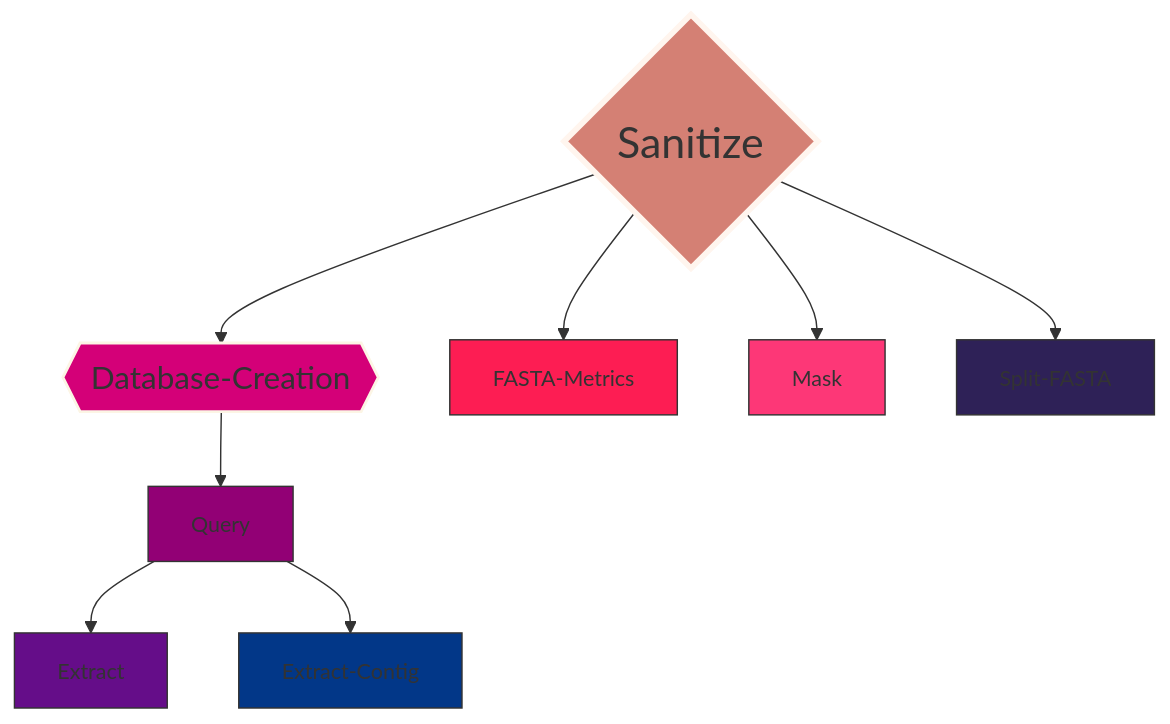
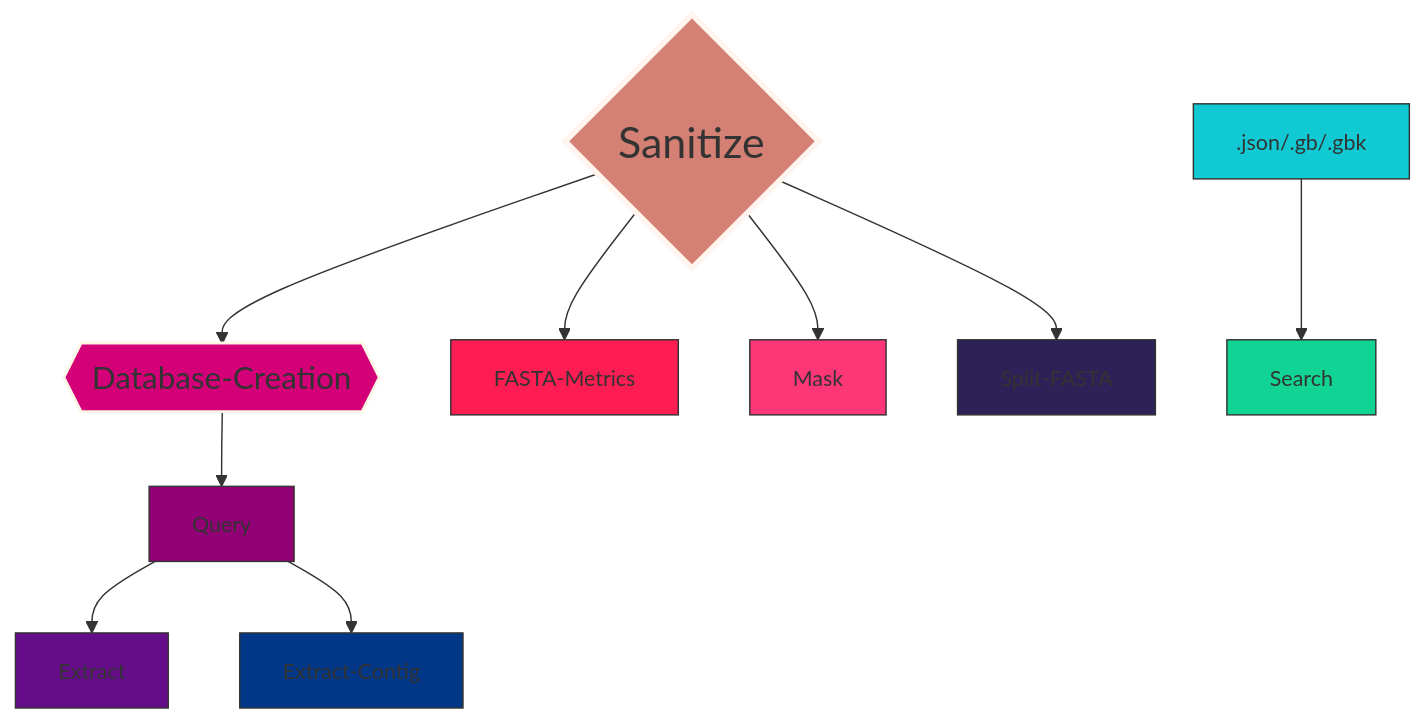
Before and after one commit to ERBringHorvath/SeqForge: the diagram in README.md, drawn with Mermaid.

````diff
--- a/README.md
+++ b/README.md
@@ -80,20 +80,23 @@
 ```mermaid
 graph TD;
     A{Sanitize}-->B{{Database-Creation}};
     B{{Database-Creation}}-->C[Query];
     C[Query]-->D[Extract];
     C[Query]-->E[Extract-Contig];
     A{Sanitize}-->F[FASTA-Metrics];
     A{Sanitize}-->G[Mask];
     A{Sanitize}-->H[Split-FASTA];
+    I[.json/.gb/.gbk]-->J[Search];
 
     %% Custom style for Sanitize node
     style A fill:#d48074,stroke:#fff5ee,stroke-width:4,font-size:30px
     style B fill:#d40078,stroke:#FCF5E5,stroke-width:2,font-size:22px
     style C fill:#920075,stroke:#333,stroke-width:1,font-size:15px
     style D fill:#650D89,stroke:#333,stroke-width:1,font-size:15px
     style E fill:#023788,stroke:#333,stroke-width:1,font-size:15px
     style F fill:#fd1d53,stroke:#333,stroke-width:1,font-size:15px
     style G fill:#fd3777,stroke:#333,stroke-width:1,font-size:15px
     style H fill:#2e2157,stroke:#333,stroke-width:1,font-size:15px
+    style I fill:#11c9d3,stroke:#333,stroke-width:1,font-size:15px
+    style J fill:#11d393,stroke:#333,stroke-width:1,font-size:15px
 ```
````
